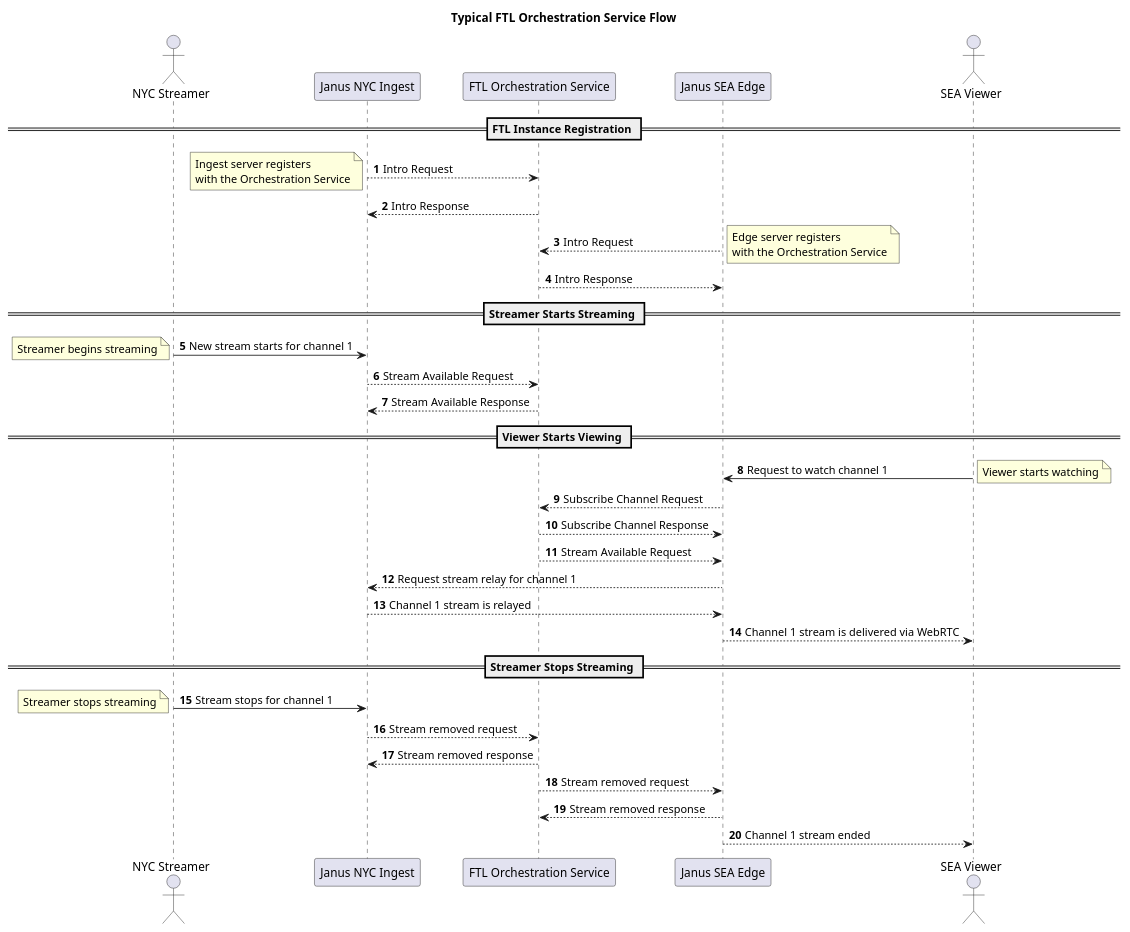
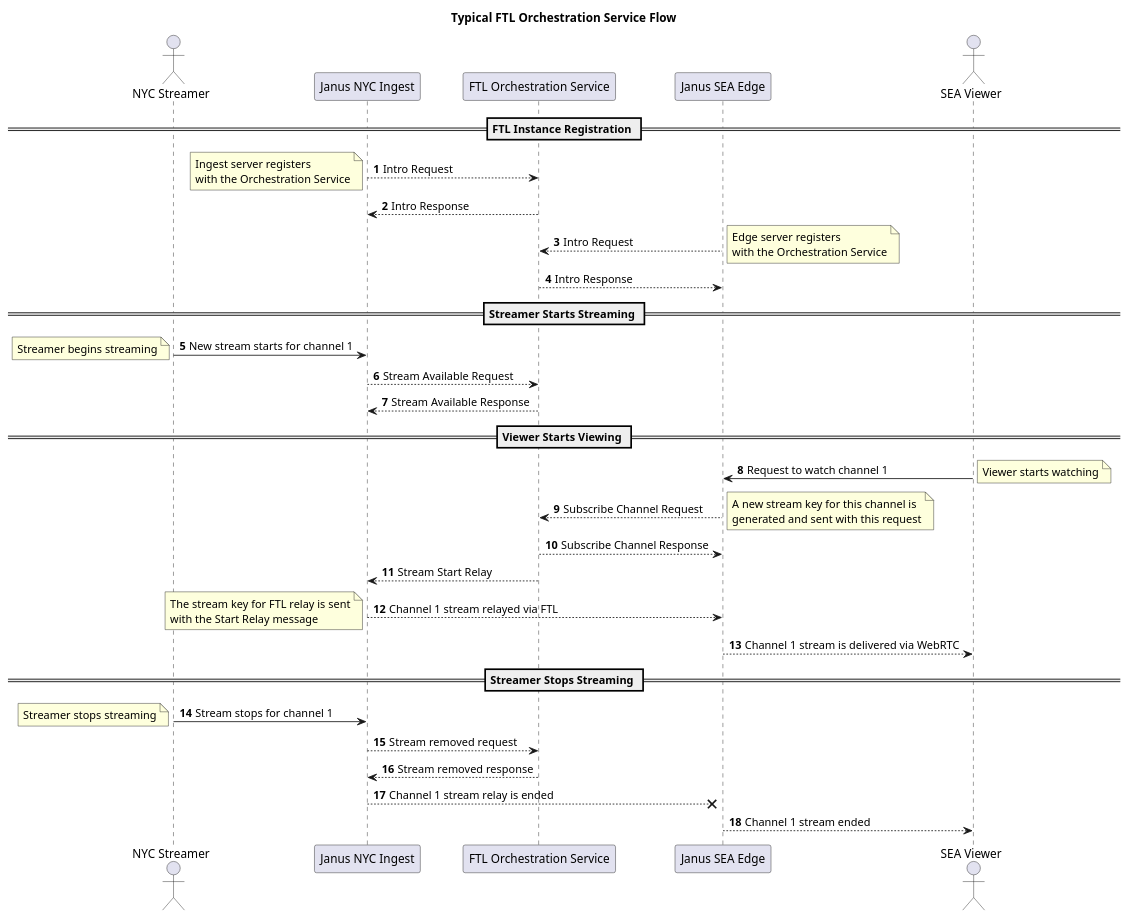
One commit to Glimesh/janus-ftl-orchestrator changed the diagram in docs/uml/typical-flow.plantuml. Above: the diagram before and after it, drawn with PlantUML. The commit also changed 1 other file, not shown here.

```diff
--- a/docs/uml/typical-flow.plantuml
+++ b/docs/uml/typical-flow.plantuml
@@ -1,55 +1,61 @@
 @startuml
 autonumber
 title Typical FTL Orchestration Service Flow
 
 actor nyStreamer as "NYC Streamer"
 participant nyc as "Janus NYC Ingest"
 participant orchestrator as "FTL Orchestration Service"
 participant sea as "Janus SEA Edge"
 actor seaViewer as "SEA Viewer"
 
 == FTL Instance Registration ==
 nyc --> orchestrator: Intro Request
 note left
     Ingest server registers
     with the Orchestration Service
 end note
 nyc <-- orchestrator: Intro Response
 sea --> orchestrator: Intro Request
 note right
     Edge server registers
     with the Orchestration Service
 end note
 sea <-- orchestrator: Intro Response
 
 == Streamer Starts Streaming ==
 nyStreamer -> nyc: New stream starts for channel 1
 note left
     Streamer begins streaming
 end note
 nyc --> orchestrator: Stream Available Request
 nyc <-- orchestrator: Stream Available Response
 
 == Viewer Starts Viewing ==
 seaViewer -> sea: Request to watch channel 1
 note right
     Viewer starts watching
 end note
 sea --> orchestrator: Subscribe Channel Request
+note right
+    A new stream key for this channel is
+    generated and sent with this request
+end note
 sea <-- orchestrator: Subscribe Channel Response
-sea <-- orchestrator: Stream Available Request
-sea --> nyc: Request stream relay for channel 1
-sea <-- nyc: Channel 1 stream is relayed
+nyc <-- orchestrator: Stream Start Relay
+sea <-- nyc: Channel 1 stream relayed via FTL
+note left
+    The stream key for FTL relay is sent
+    with the Start Relay message
+end note
 sea --> seaViewer: Channel 1 stream is delivered via WebRTC
 
 == Streamer Stops Streaming ==
 nyStreamer -> nyc: Stream stops for channel 1
 note left
     Streamer stops streaming
 end note
 nyc --> orchestrator: Stream removed request
 nyc <-- orchestrator: Stream removed response
-orchestrator --> sea: Stream removed request
-orchestrator <-- sea: Stream removed response
+nyc --X sea: Channel 1 stream relay is ended
 sea --> seaViewer: Channel 1 stream ended
 @enduml
```
